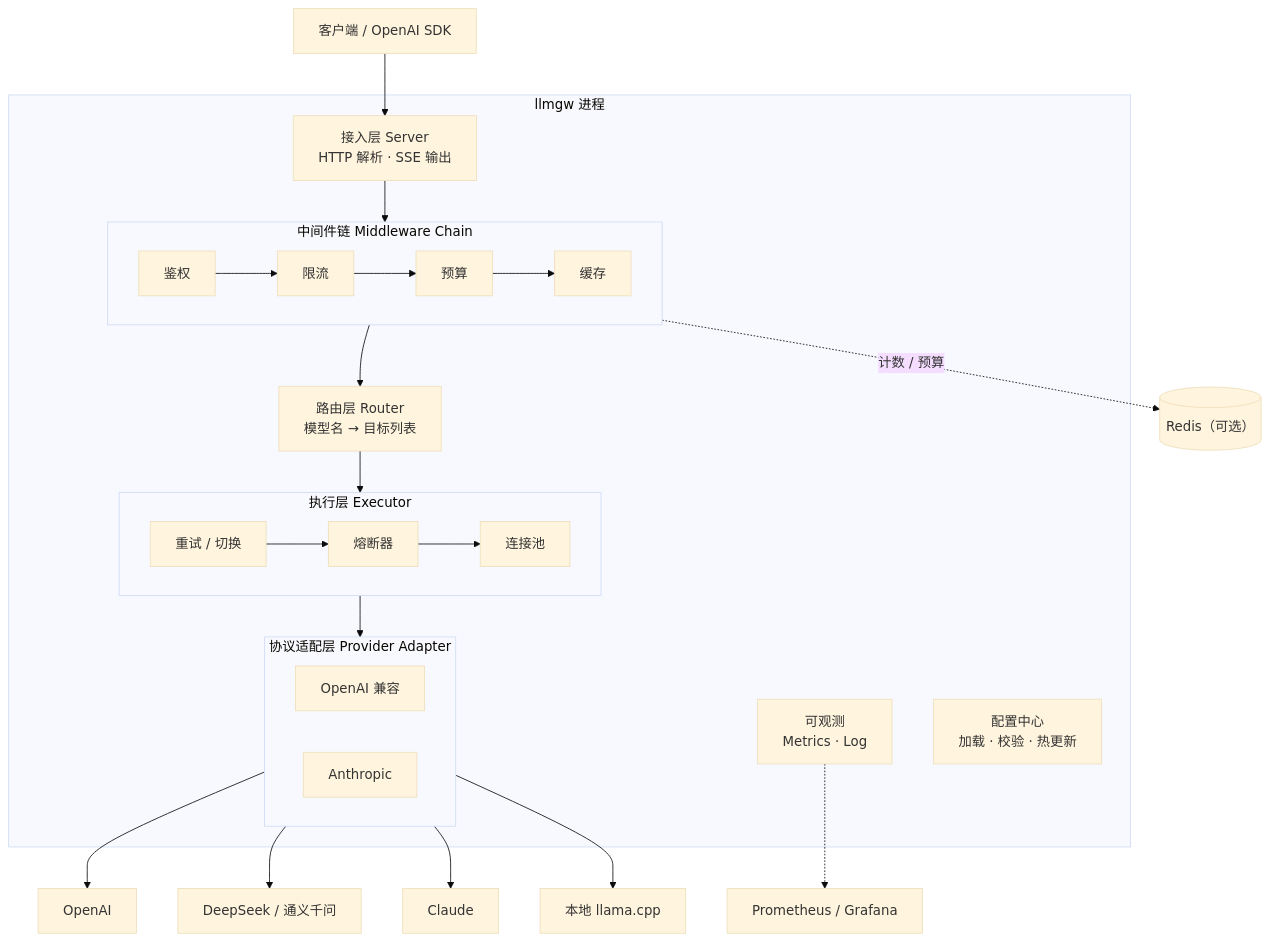
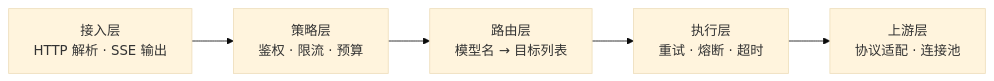
One commit to bluesky-rgb/llmgw changed the diagram in docs/design.md. Above: the diagram before and after it, drawn with Mermaid (base theme). The commit also changed other lines of this file and 3 other files, not shown here.

````diff
--- a/docs/design.md
+++ b/docs/design.md
@@ -105,32 +155,7 @@
 ```mermaid
-flowchart TB
-    Client["客户端 / OpenAI SDK"] --> Server
-
-    subgraph GW["llmgw 进程"]
-        Server["接入层 Server<br/>HTTP 解析 · SSE 输出"]
-        subgraph Chain["中间件链 Middleware Chain"]
-            direction LR
-            Auth["鉴权"] --> RL["限流"] --> Budget["预算"] --> Cache["缓存"]
-        end
-        Router["路由层 Router<br/>模型名 → 目标列表"]
-        subgraph Exec["执行层 Executor"]
-            direction LR
-            Retry["重试 / 切换"] --> CB["熔断器"] --> Pool["连接池"]
-        end
-        subgraph Adapters["协议适配层 Provider Adapter"]
-            direction LR
-            OA["OpenAI 兼容"]
-            AN["Anthropic"]
-        end
-        Server --> Chain --> Router --> Exec --> Adapters
-        Obs["可观测<br/>Metrics · Log"]
-        Cfg["配置中心<br/>加载 · 校验 · 热更新"]
-    end
-
-    Adapters --> P1["OpenAI"]
-    Adapters --> P2["DeepSeek / 通义千问"]
-    Adapters --> P3["Claude"]
-    Adapters --> P4["本地 llama.cpp"]
-    Chain -. 计数 / 预算 .-> Redis[("Redis（可选）")]
-    Obs -.-> Prom["Prometheus / Grafana"]
+flowchart LR
+    A["接入层<br/>HTTP 解析 · SSE 输出"] --> B["策略层<br/>鉴权 · 限流 · 预算"]
+    B --> C["路由层<br/>模型名 → 目标列表"]
+    C --> D["执行层<br/>重试 · 熔断 · 超时"]
+    D --> E["上游层<br/>协议适配 · 连接池"]
 ```
````
